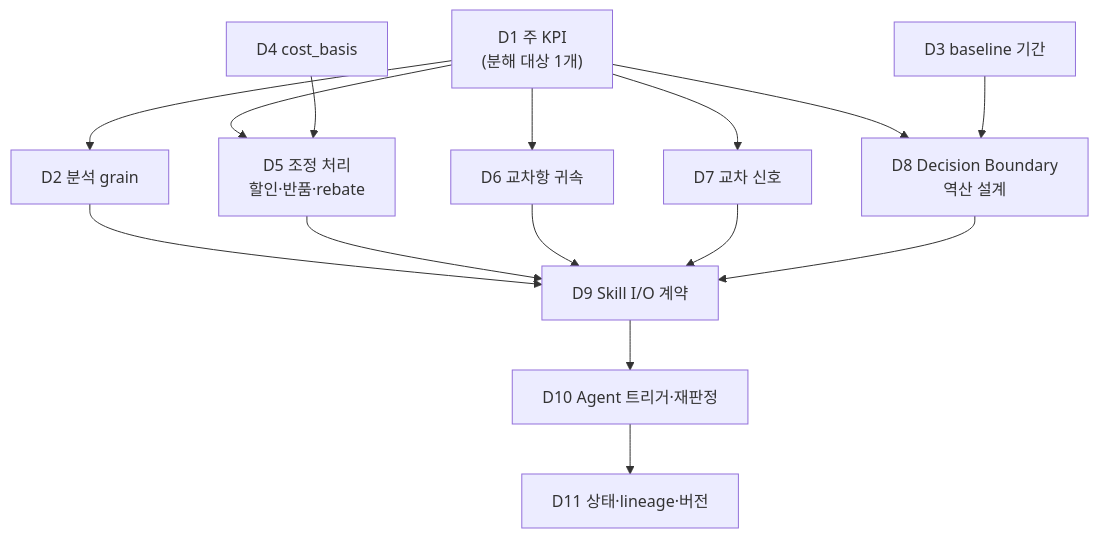
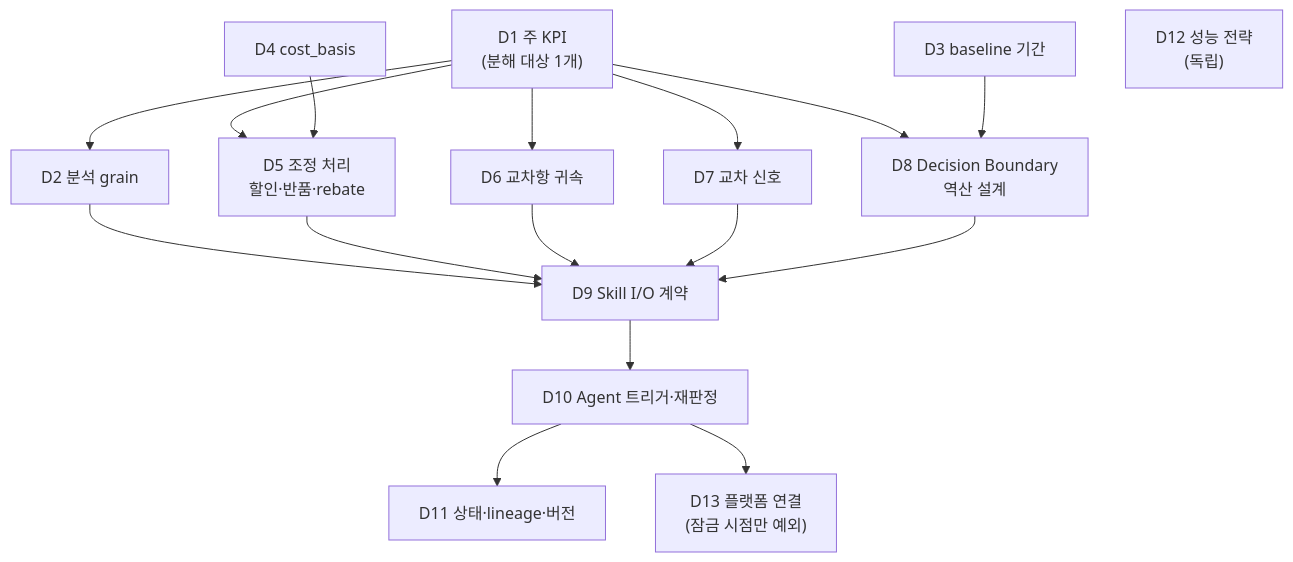
Before and after one commit to GongZen/trusted-procurement-agent: the diagram in Scaffolding.md, drawn with Mermaid. The commit also changed other lines of this file, not shown here.

````diff
--- a/Scaffolding.md
+++ b/Scaffolding.md
@@ -84,17 +84,19 @@
 ```mermaid
 flowchart TD
     D1["D1 주 KPI<br/>(분해 대상 1개)"] --> D2["D2 분석 grain"]
     D1 --> D5["D5 조정 처리<br/>할인·반품·rebate"]
     D1 --> D6["D6 교차항 귀속"]
     D1 --> D8["D8 Decision Boundary<br/>역산 설계"]
     D1 --> D7["D7 교차 신호"]
     D4["D4 cost_basis"] --> D5
     D3["D3 baseline 기간"] --> D8
     D2 --> D9["D9 Skill I/O 계약"]
     D5 --> D9
     D6 --> D9
     D7 --> D9
     D8 --> D9
     D9 --> D10["D10 Agent 트리거·재판정"]
     D10 --> D11["D11 상태·lineage·버전"]
+    D10 --> D13["D13 플랫폼 연결<br/>(잠금 시점만 예외)"]
+    D12["D12 성능 전략<br/>(독립)"]
 ```
````
